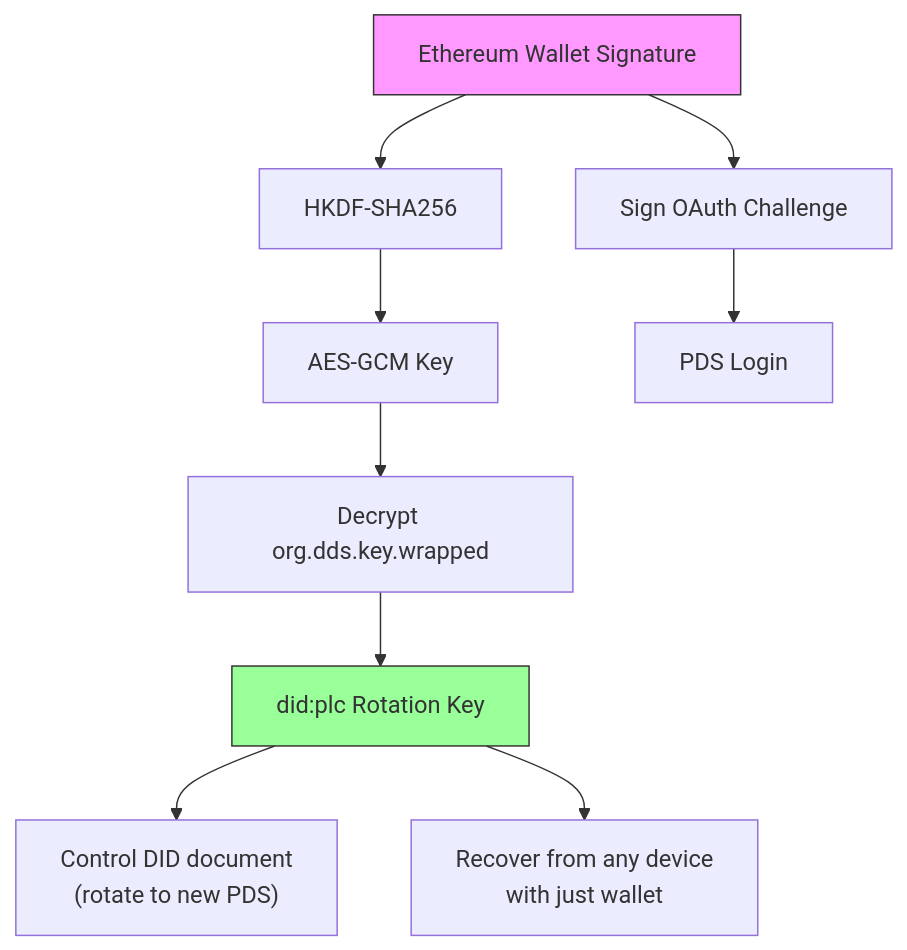
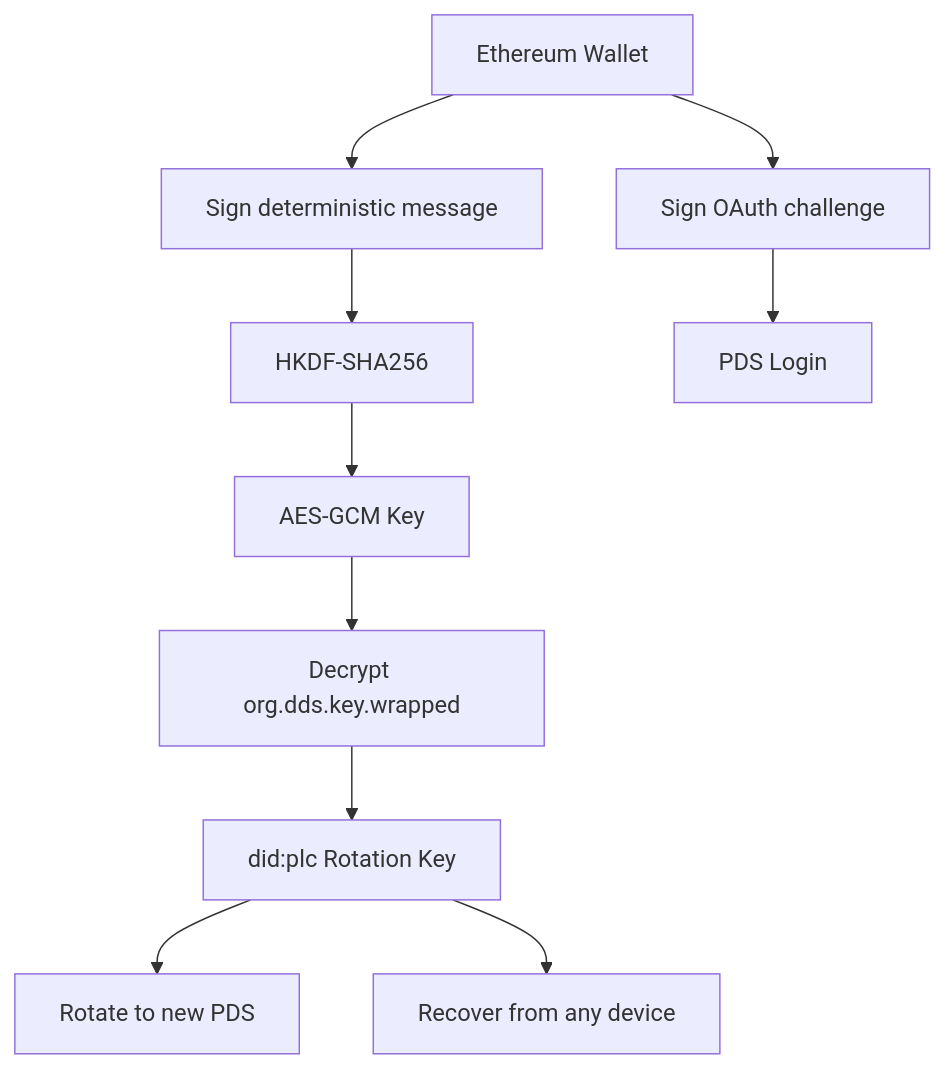
One commit to dds-wg/dds changed the first of 4 diagrams in spec/implementation-addendum.md. Above: the diagram before and after it, drawn with Mermaid. The commit also changed other lines of this file and 5 other files, not shown here.

First line of the commit message:
fix: update mermaid diagrams to match spec, add new diagrams and tests

````diff
--- a/spec/implementation-addendum.md
+++ b/spec/implementation-addendum.md
@@ -41,15 +41,13 @@
 ```mermaid
 flowchart TD
-    Wallet["Ethereum Wallet Signature"]
-    Wallet --> HKDF["HKDF-SHA256"]
-    Wallet --> OAuth["Sign OAuth Challenge"]
+    Wallet["Ethereum Wallet"]
+    Wallet --> Sign1["Sign deterministic message"]
+    Wallet --> Sign2["Sign OAuth challenge"]
+    Sign1 --> HKDF["HKDF-SHA256"]
+    Sign2 --> PDSAccess["PDS Login"]
     HKDF --> AES["AES-GCM Key"]
-    OAuth --> PDSAccess["PDS Login"]
     AES --> Decrypt["Decrypt org.dds.key.wrapped"]
     Decrypt --> RotationKey["did:plc Rotation Key"]
-    RotationKey --> Control["Control DID document<br/>(rotate to new PDS)"]
-    RotationKey --> Recover["Recover from any device<br/>with just wallet"]
-
-    style Wallet fill:#f9f,stroke:#333
-    style RotationKey fill:#9f9,stroke:#333
+    RotationKey --> Migrate["Rotate to new PDS"]
+    RotationKey --> Recover["Recover from any device"]
 ```
````
